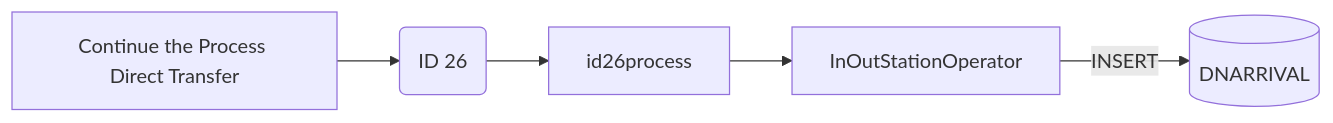
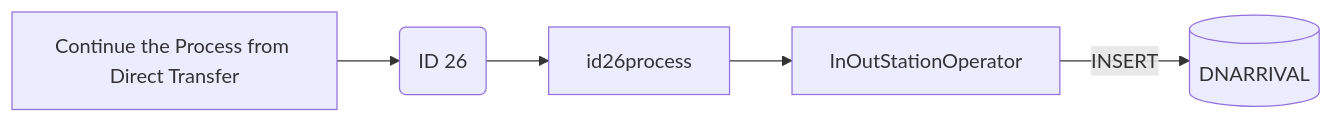
The second of 5 diagrams in Basic-Design/DFD-WMS/Storage/Palletizing-Settting/Flow-1.md (luthfiadityaa/SimeDarby-Wiki), drawn with Mermaid before and after one commit. The commit also changed other lines of this file, not shown here.

Commit message:
Updated Flow 1

```diff
--- a/Basic-Design/DFD-WMS/Storage/Palletizing-Settting/Flow-1.md
+++ b/Basic-Design/DFD-WMS/Storage/Palletizing-Settting/Flow-1.md
@@ -29,20 +29,20 @@
 ::: mermaid
 flowchart LR
 
 releaseCommand["
-Continue the Process Direct Transfer
+Continue the Process from Direct Transfer
 "]
 
 id26msg("
 ID 26
 ")
 
 id26-insert[("
 DNARRIVAL
 ")]
 
 inoutstationoperator[InOutStationOperator]
 
 releaseCommand-->id26msg-->id26process-->inoutstationoperator
 inoutstationoperator--> |INSERT| id26-insert
 :::
```
